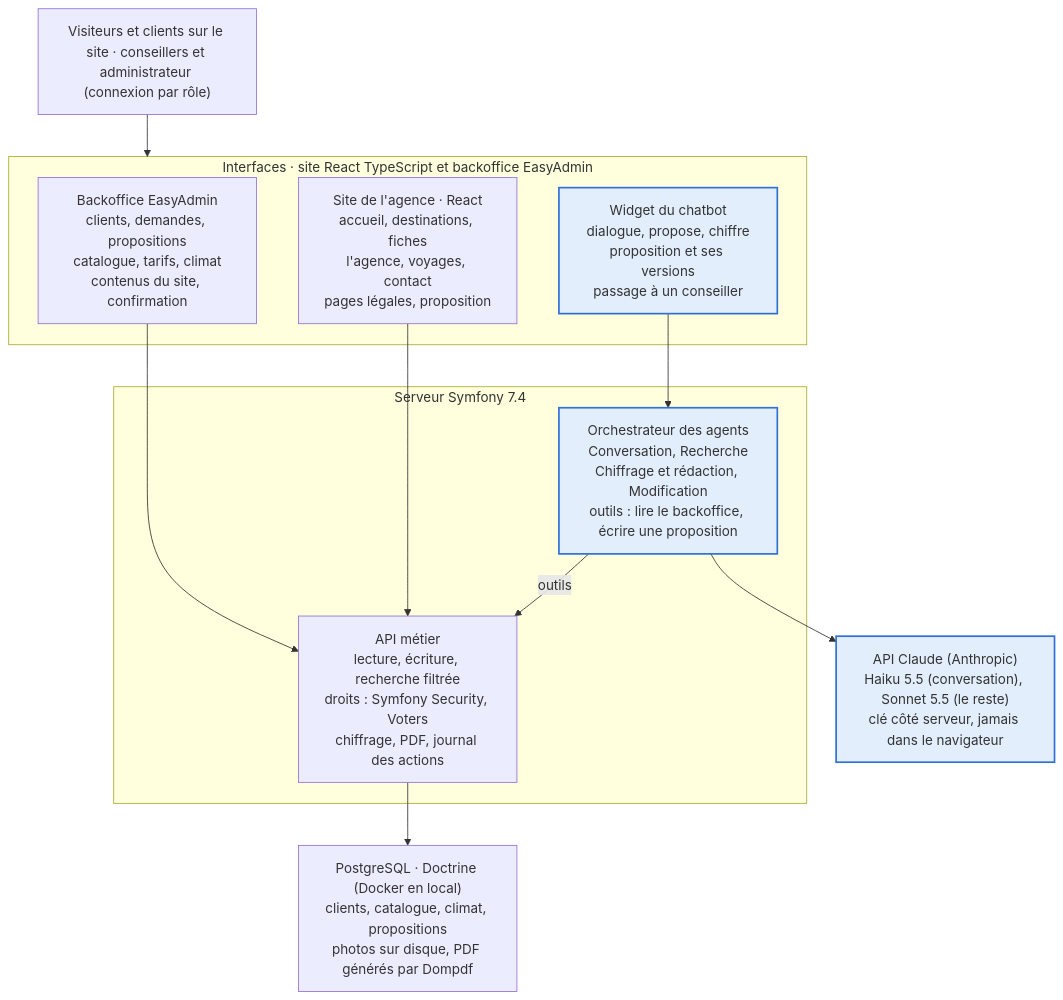
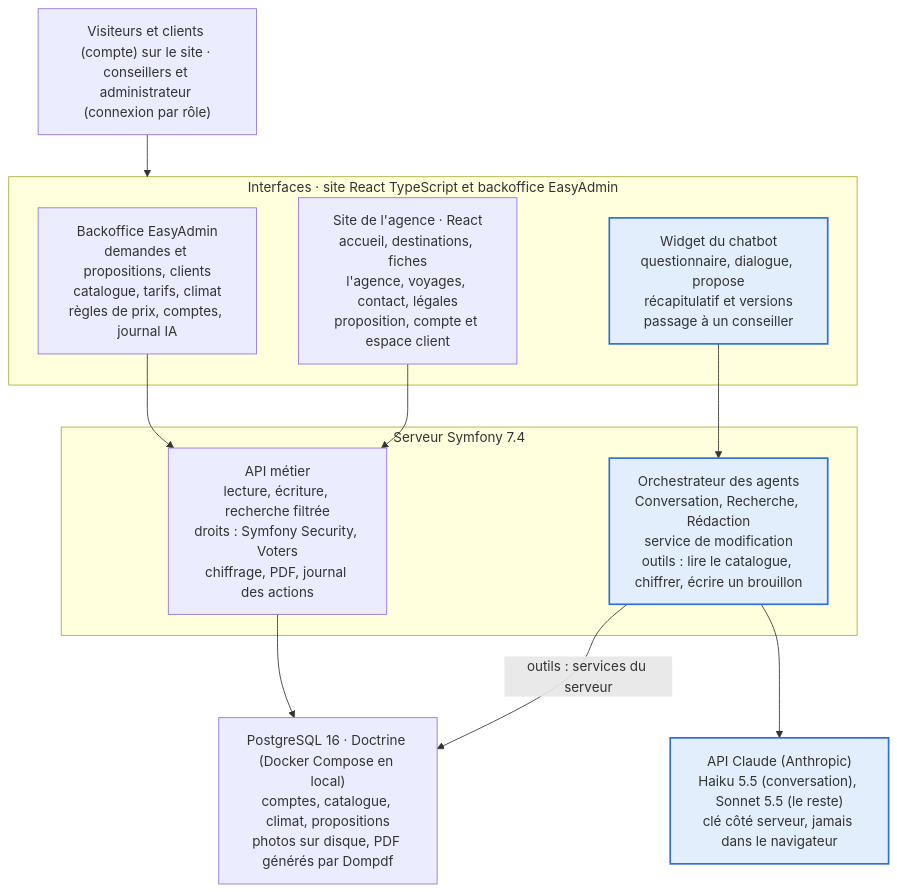
One commit to KJovene/ShortCut changed the second of 3 diagrams in cahier-des-charges.md. Above: the diagram before and after it, drawn with Mermaid. The commit also changed other lines of this file and 20 other files, not shown here.

````diff
--- a/cahier-des-charges.md
+++ b/cahier-des-charges.md
@@ -252,24 +258,24 @@
 ```mermaid
 flowchart TB
     %% Toute action de l'IA passe par le serveur et des droits limités
-    U["Visiteurs et clients sur le site · conseillers et administrateur (connexion par rôle)"]
+    U["Visiteurs et clients (compte) sur le site · conseillers et administrateur (connexion par rôle)"]
     subgraph INT["Interfaces · site React TypeScript et backoffice EasyAdmin"]
-        BO["Backoffice EasyAdmin<br/>clients, demandes, propositions<br/>catalogue, tarifs, climat<br/>contenus du site, confirmation"]
-        SITE["Site de l'agence · React<br/>accueil, destinations, fiches<br/>l'agence, voyages, contact<br/>pages légales, proposition"]
-        W["Widget du chatbot<br/>dialogue, propose, chiffre<br/>proposition et ses versions<br/>passage à un conseiller"]:::ia
+        BO["Backoffice EasyAdmin<br/>demandes et propositions, clients<br/>catalogue, tarifs, climat<br/>règles de prix, comptes, journal IA"]
+        SITE["Site de l'agence · React<br/>accueil, destinations, fiches<br/>l'agence, voyages, contact, légales<br/>proposition, compte et espace client"]
+        W["Widget du chatbot<br/>questionnaire, dialogue, propose<br/>récapitulatif et versions<br/>passage à un conseiller"]:::ia
     end
     subgraph SRV["Serveur Symfony 7.4"]
         API["API métier<br/>lecture, écriture, recherche filtrée<br/>droits : Symfony Security, Voters<br/>chiffrage, PDF, journal des actions"]
-        ORC["Orchestrateur des agents<br/>Conversation, Recherche<br/>Chiffrage et rédaction, Modification<br/>outils : lire le backoffice, écrire une proposition"]:::ia
+        ORC["Orchestrateur des agents<br/>Conversation, Recherche, Rédaction<br/>service de modification<br/>outils : lire le catalogue, chiffrer, écrire un brouillon"]:::ia
     end
-    DB["PostgreSQL · Doctrine (Docker en local)<br/>clients, catalogue, climat, propositions<br/>photos sur disque, PDF générés par Dompdf"]
+    DB["PostgreSQL 16 · Doctrine (Docker Compose en local)<br/>comptes, catalogue, climat, propositions<br/>photos sur disque, PDF générés par Dompdf"]
     LLM["API Claude (Anthropic)<br/>Haiku 5.5 (conversation), Sonnet 5.5 (le reste)<br/>clé côté serveur, jamais dans le navigateur"]:::ia
     U --> INT
     BO --> API
     SITE --> API
     W --> ORC
-    ORC -- outils --> API
+    ORC -- "outils : services du serveur" --> DB
     API --> DB
     ORC --> LLM
     classDef ia fill:#e3eefc,stroke:#2f6fd6,stroke-width:2px
 ```
````
